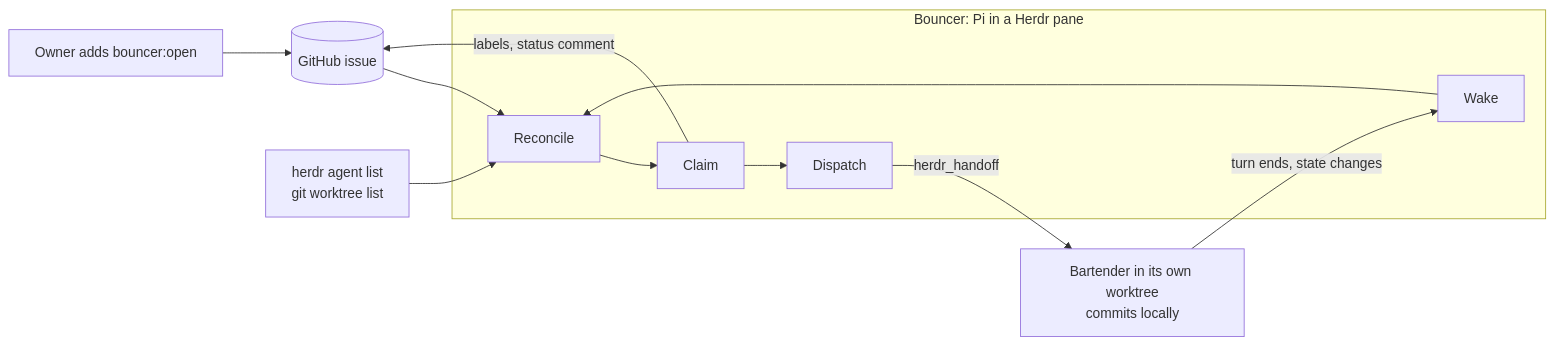
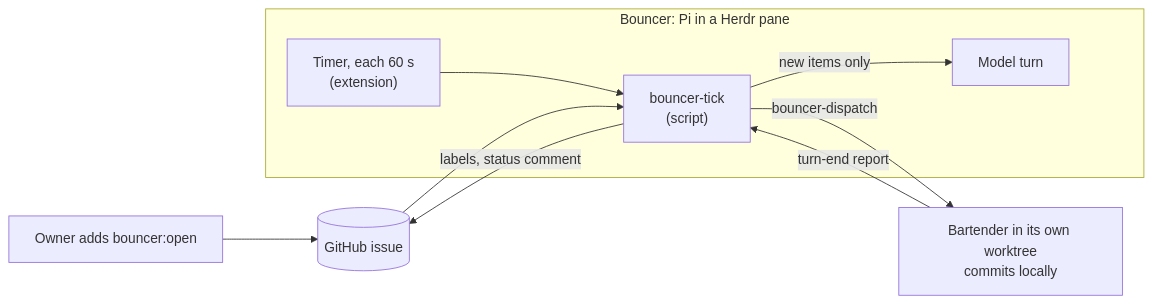
The diagram in docs/bouncer-mode/pi-loop.md (HenryQW/rounds), drawn with Mermaid before and after one commit. The commit also changed other lines of this file and 1 other file, not shown here.

First line of the commit message:
docs(bouncer): make scripts do each decidable step of the loop

````diff
--- a/docs/bouncer-mode/pi-loop.md
+++ b/docs/bouncer-mode/pi-loop.md
@@ -7,12 +7,12 @@
 ```mermaid
 flowchart LR
   Owner["Owner adds bouncer:open"] --> Issue[("GitHub issue")]
   subgraph Pane["Bouncer: Pi in a Herdr pane"]
-    Wake --> Reconcile --> Claim --> Dispatch
+    Timer["Timer, each 60 s<br/>(extension)"] --> Tick["bouncer-tick<br/>(script)"]
+    Tick -->|new items only| Model["Model turn"]
   end
-  Issue --> Reconcile
-  Agents["herdr agent list<br/>git worktree list"] --> Reconcile
-  Dispatch -->|herdr_handoff| Bartender["Bartender in its own worktree<br/>commits locally"]
-  Bartender -->|turn ends, state changes| Wake
-  Claim -->|labels, status comment| Issue
+  Issue --> Tick
+  Tick -->|bouncer-dispatch| Bartender["Bartender in its own worktree<br/>commits locally"]
+  Bartender -->|turn-end report| Tick
+  Tick -->|labels, status comment| Issue
 ```
````
